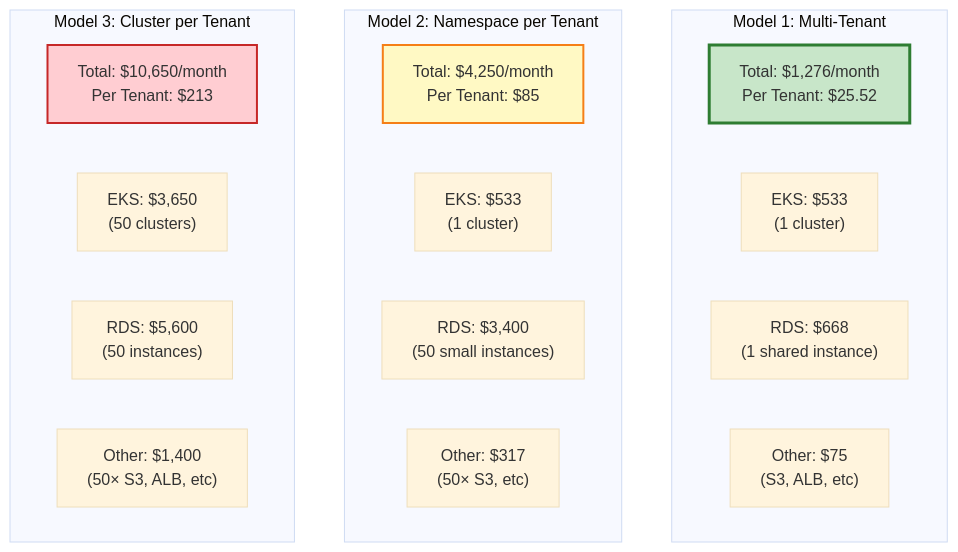
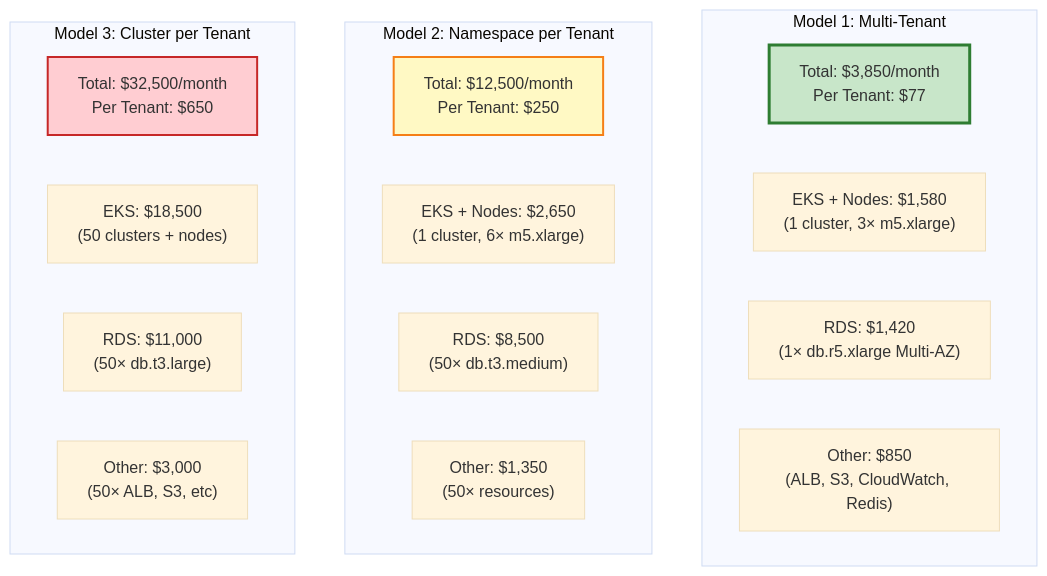
The fifth of 8 diagrams in docs/multi-tenant/EXECUTIVE_SUMMARY.md (ADORSYS-GIS/fineract-gitops), drawn with Mermaid (base theme) before and after one commit. The commit also changed other lines of this file and 2 other files, not shown here.

Commit message:
architecture html print

````diff
--- a/docs/multi-tenant/EXECUTIVE_SUMMARY.md
+++ b/docs/multi-tenant/EXECUTIVE_SUMMARY.md
@@ -329,27 +359,27 @@
 ```mermaid
 graph TB
     subgraph "Model 1: Multi-Tenant"
-        MT_TOTAL["Total: $1,276/month<br/>Per Tenant: $25.52"]
-        MT_EKS["EKS: $533<br/>(1 cluster)"]
-        MT_RDS["RDS: $668<br/>(1 shared instance)"]
-        MT_OTHER["Other: $75<br/>(S3, ALB, etc)"]
+        MT_TOTAL["Total: $3,850/month<br/>Per Tenant: $77"]
+        MT_EKS["EKS + Nodes: $1,580<br/>(1 cluster, 3× m5.xlarge)"]
+        MT_RDS["RDS: $1,420<br/>(1× db.r5.xlarge Multi-AZ)"]
+        MT_OTHER["Other: $850<br/>(ALB, S3, CloudWatch, Redis)"]
     end
 
     subgraph "Model 2: Namespace per Tenant"
-        NS_TOTAL["Total: $4,250/month<br/>Per Tenant: $85"]
-        NS_EKS["EKS: $533<br/>(1 cluster)"]
-        NS_RDS["RDS: $3,400<br/>(50 small instances)"]
-        NS_OTHER["Other: $317<br/>(50× S3, etc)"]
+        NS_TOTAL["Total: $12,500/month<br/>Per Tenant: $250"]
+        NS_EKS["EKS + Nodes: $2,650<br/>(1 cluster, 6× m5.xlarge)"]
+        NS_RDS["RDS: $8,500<br/>(50× db.t3.medium)"]
+        NS_OTHER["Other: $1,350<br/>(50× resources)"]
     end
 
     subgraph "Model 3: Cluster per Tenant"
-        CL_TOTAL["Total: $10,650/month<br/>Per Tenant: $213"]
-        CL_EKS["EKS: $3,650<br/>(50 clusters)"]
-        CL_RDS["RDS: $5,600<br/>(50 instances)"]
-        CL_OTHER["Other: $1,400<br/>(50× S3, ALB, etc)"]
+        CL_TOTAL["Total: $32,500/month<br/>Per Tenant: $650"]
+        CL_EKS["EKS: $18,500<br/>(50 clusters + nodes)"]
+        CL_RDS["RDS: $11,000<br/>(50× db.t3.large)"]
+        CL_OTHER["Other: $3,000<br/>(50× ALB, S3, etc)"]
     end
 
     style MT_TOTAL fill:#c8e6c9,stroke:#2e7d32,stroke-width:3px
     style NS_TOTAL fill:#fff9c4,stroke:#f57f17,stroke-width:2px
     style CL_TOTAL fill:#ffcdd2,stroke:#c62828,stroke-width:2px
 ```
````
